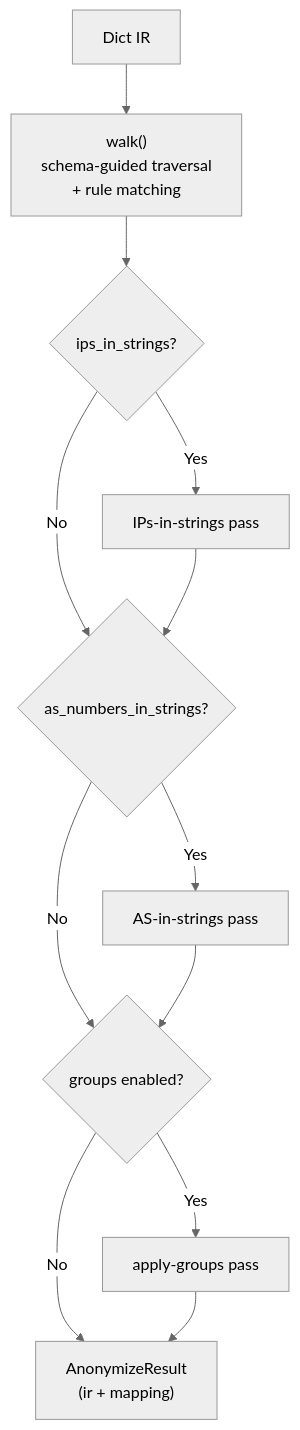
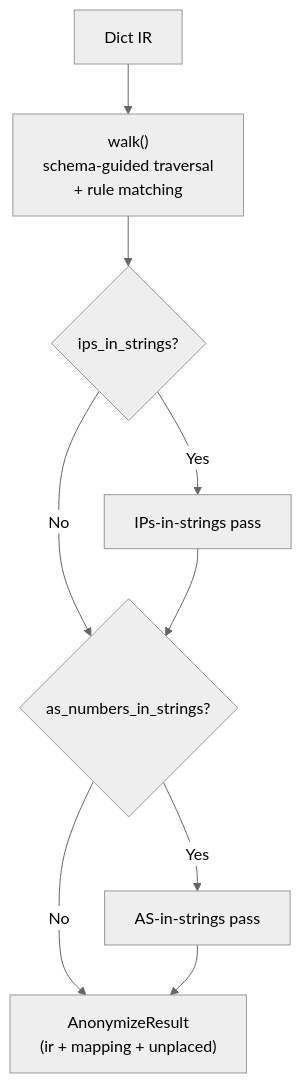
The eighth of 8 diagrams in docs/architecture/developer-guide.md (dg-i/junoscfg), drawn with Mermaid (neutral theme) before and after one commit. The commit also changed other lines of this file and 33 other files, not shown here.

````diff
--- a/docs/architecture/developer-guide.md
+++ b/docs/architecture/developer-guide.md
@@ -609,14 +609,11 @@
 ```mermaid
 flowchart TD
     IR["Dict IR"] --> WALK["walk()\nschema-guided traversal\n+ rule matching"]
     WALK --> IPS{"ips_in_strings?"}
     IPS -->|Yes| IPS_PASS["IPs-in-strings pass"]
     IPS -->|No| AS
     IPS_PASS --> AS{"as_numbers_in_strings?"}
     AS -->|Yes| AS_PASS["AS-in-strings pass"]
-    AS -->|No| AG
-    AS_PASS --> AG{"groups enabled?"}
-    AG -->|Yes| AG_PASS["apply-groups pass"]
-    AG -->|No| RESULT
-    AG_PASS --> RESULT["AnonymizeResult\n(ir + mapping)"]
+    AS -->|No| RESULT
+    AS_PASS --> RESULT["AnonymizeResult\n(ir + mapping + unplaced)"]
 ```
````
